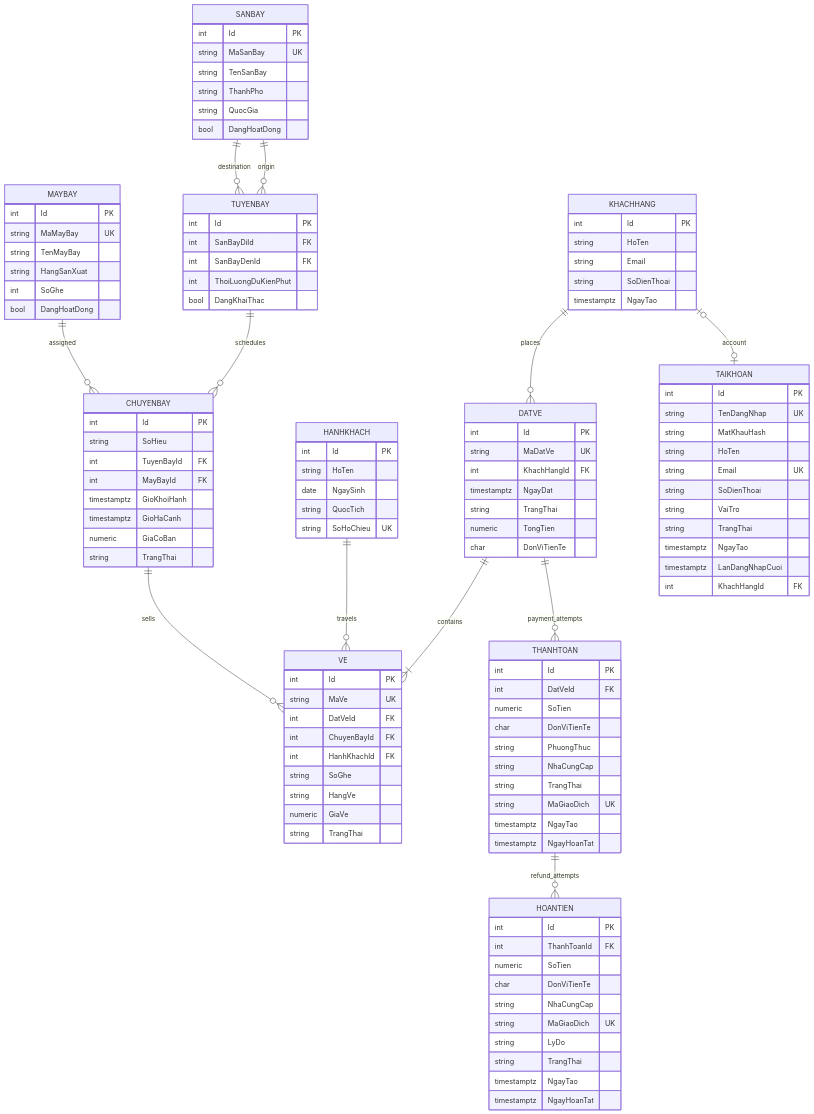
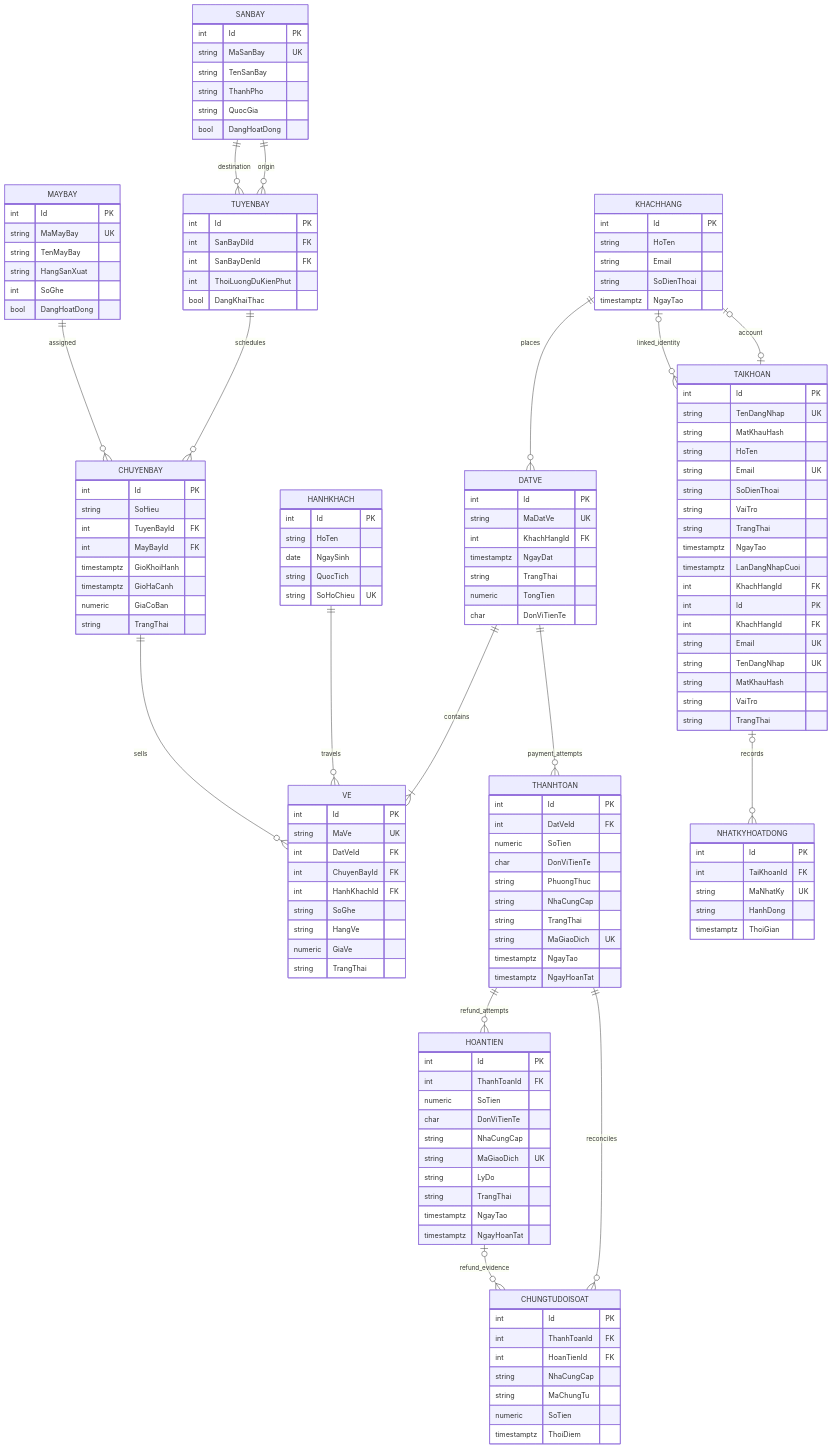
Before and after one commit to MinhVy1324/AirlineTicketingg: the diagram in docs/DATABASE-DESIGN.md, drawn with Mermaid. The commit also changed other lines of this file and 233 other files, not shown here.

````diff
--- a/docs/DATABASE-DESIGN.md
+++ b/docs/DATABASE-DESIGN.md
@@ -17,6 +17,10 @@
     KHACHHANG o|--o| TAIKHOAN : account
     DATVE ||--o{ THANHTOAN : payment_attempts
     THANHTOAN ||--o{ HOANTIEN : refund_attempts
+    KHACHHANG o|--o{ TAIKHOAN : linked_identity
+    TAIKHOAN o|--o{ NHATKYHOATDONG : records
+    THANHTOAN ||--o{ CHUNGTUDOISOAT : reconciles
+    HOANTIEN o|--o{ CHUNGTUDOISOAT : refund_evidence
 
     SANBAY {
         int Id PK
@@ -122,4 +126,29 @@
         timestamptz NgayTao
         timestamptz NgayHoanTat
     }
+    TAIKHOAN {
+        int Id PK
+        int KhachHangId FK
+        string Email UK
+        string TenDangNhap UK
+        string MatKhauHash
+        string VaiTro
+        string TrangThai
+    }
+    NHATKYHOATDONG {
+        int Id PK
+        int TaiKhoanId FK
+        string MaNhatKy UK
+        string HanhDong
+        timestamptz ThoiGian
+    }
+    CHUNGTUDOISOAT {
+        int Id PK
+        int ThanhToanId FK
+        int HoanTienId FK
+        string NhaCungCap
+        string MaChungTu
+        numeric SoTien
+        timestamptz ThoiDiem
+    }
 ```
````
